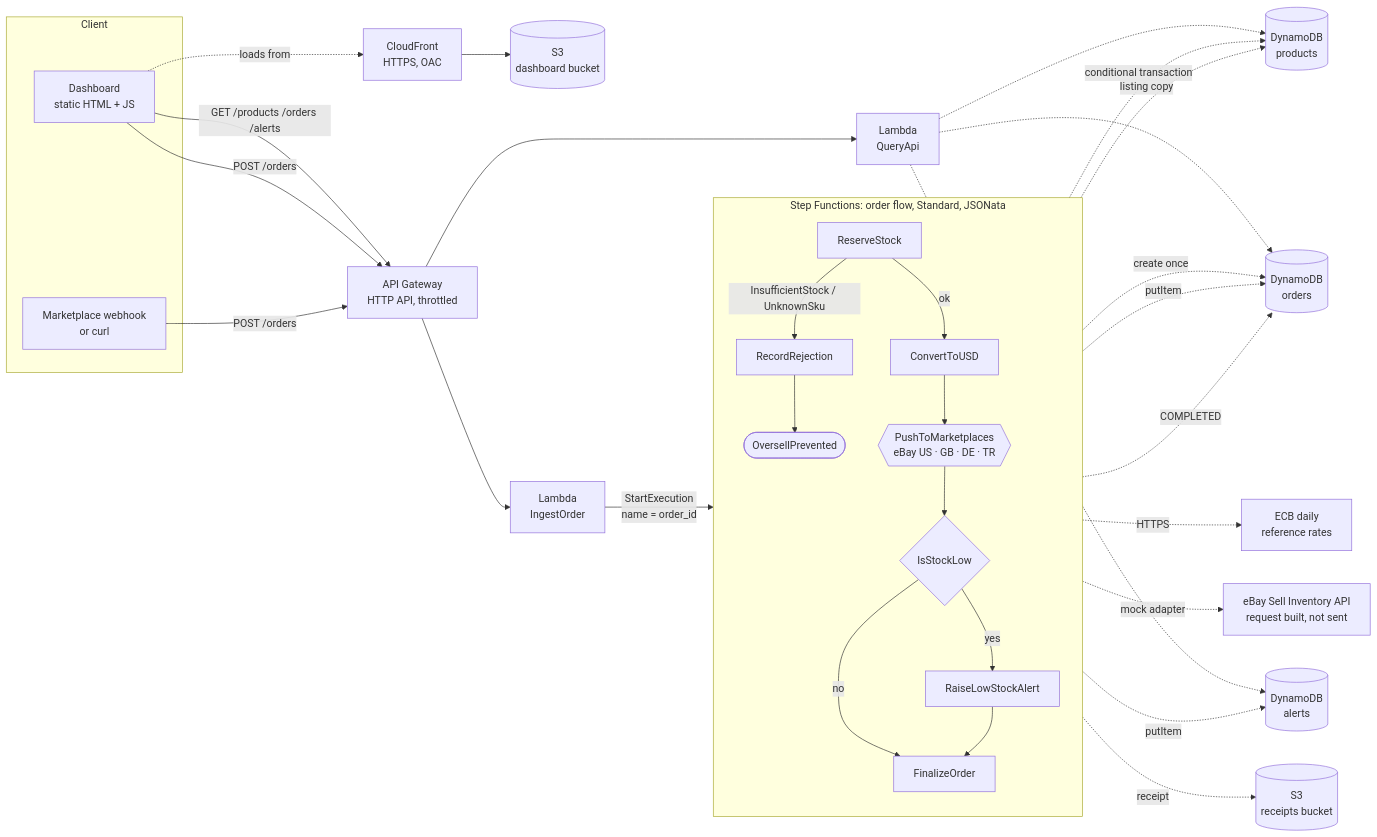
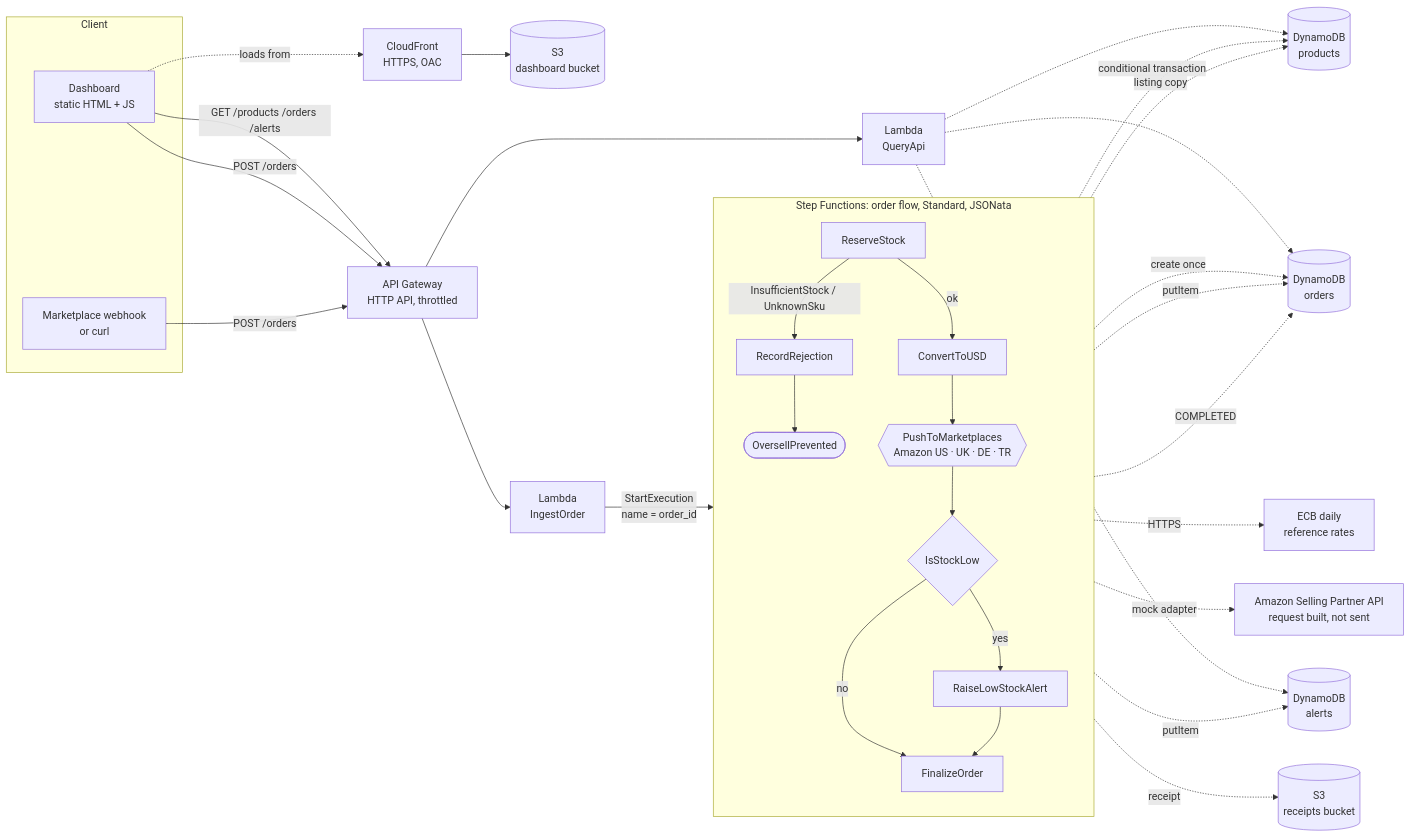
Before and after one commit to anxious956/octoman-lite-hackathon: the diagram in README.md, drawn with Mermaid. The commit also changed other lines of this file and 32 other files, not shown here.

First line of the commit message:
Switch the marketplaces from eBay to Amazon (US, UK, DE, TR)

````diff
--- a/README.md
+++ b/README.md
@@ -73,41 +75,41 @@
 ```mermaid
 flowchart LR
     subgraph Client
       D[Dashboard<br/>static HTML + JS]
       M[Marketplace webhook<br/>or curl]
     end
 
     CF[CloudFront<br/>HTTPS, OAC] --> S3D[(S3<br/>dashboard bucket)]
     D -. loads from .-> CF
     D -- GET /products /orders /alerts --> API
     D -- POST /orders --> API
     M -- POST /orders --> API
 
     API[API Gateway<br/>HTTP API, throttled] --> ING[Lambda<br/>IngestOrder]
     API --> QRY[Lambda<br/>QueryApi]
 
     ING -- StartExecution<br/>name = order_id --> SFN
 
     subgraph SFN[Step Functions: order flow, Standard, JSONata]
       direction TB
       R[ReserveStock] -->|ok| FX[ConvertToUSD]
       R -->|InsufficientStock / UnknownSku| REJ[RecordRejection]
       REJ --> FAIL([OversellPrevented])
-      FX --> PAR{{PushToMarketplaces<br/>eBay US · GB · DE · TR}}
+      FX --> PAR{{PushToMarketplaces<br/>Amazon US · UK · DE · TR}}
       PAR --> LOW{IsStockLow}
       LOW -->|yes| ALR[RaiseLowStockAlert]
       LOW -->|no| FIN[FinalizeOrder]
       ALR --> FIN
     end
 
     R -. conditional transaction .-> PT[(DynamoDB<br/>products)]
     R -. create once .-> OT[(DynamoDB<br/>orders)]
     FX -. HTTPS .-> ECB[ECB daily<br/>reference rates]
     PAR -. listing copy .-> PT
-    PAR -. mock adapter .-> EBAY[eBay Sell Inventory API<br/>request built, not sent]
+    PAR -. mock adapter .-> AMZ[Amazon Selling Partner API<br/>request built, not sent]
     REJ -. putItem .-> OT
     ALR -. putItem .-> AT[(DynamoDB<br/>alerts)]
     FIN -. receipt .-> S3R[(S3<br/>receipts bucket)]
     FIN -. COMPLETED .-> OT
     QRY -.-> PT & OT & AT
 ```
````
